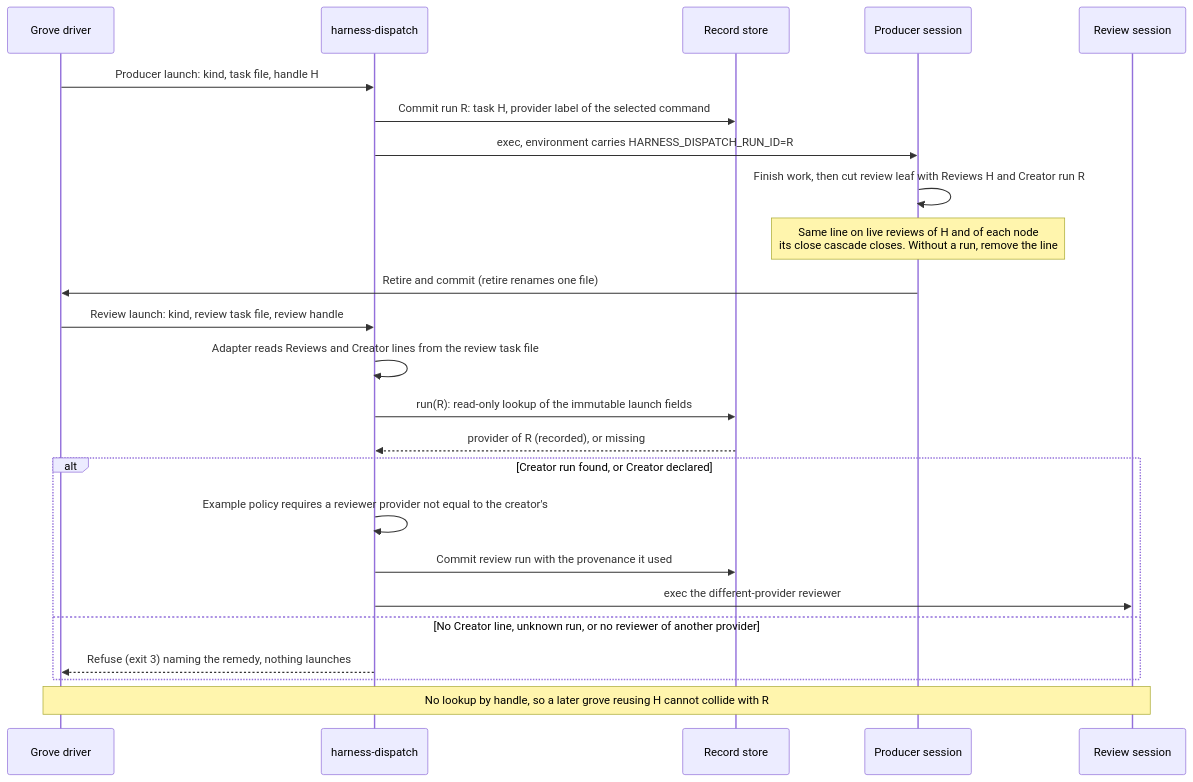
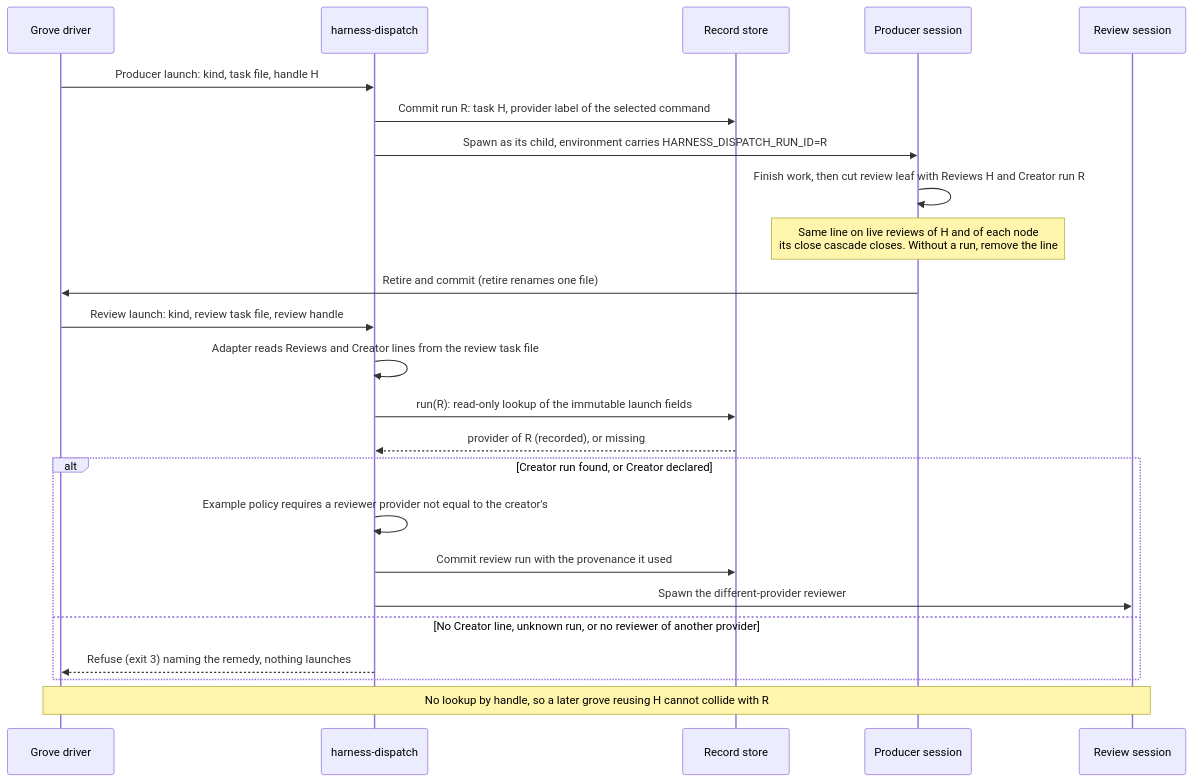
One commit to Linkuistics/grove changed the diagram in docs/design/harness-selection-and-execution/creator-flow.mmd. Above: the diagram before and after it, drawn with Mermaid. The commit also changed 31 other files, not shown here.

First line of the commit message:
harness-wrapper-k2: design harness-dispatch as the harness's supervising wrapper, and cut harness-wrapper-k3 to review it before supervised-dispatch-k4 plans it

```diff
--- a/docs/design/harness-selection-and-execution/creator-flow.mmd
+++ b/docs/design/harness-selection-and-execution/creator-flow.mmd
@@ -1,24 +1,24 @@
 sequenceDiagram
   participant G as Grove driver
   participant D as harness-dispatch
   participant S as Record store
   participant P as Producer session
   participant V as Review session
   G->>D: Producer launch: kind, task file, handle H
   D->>S: Commit run R: task H, provider label of the selected command
-  D->>P: exec, environment carries HARNESS_DISPATCH_RUN_ID=R
+  D->>P: Spawn as its child, environment carries HARNESS_DISPATCH_RUN_ID=R
   P->>P: Finish work, then cut review leaf with Reviews H and Creator run R
   Note over P: Same line on live reviews of H and of each node<br/>its close cascade closes. Without a run, remove the line
   P->>G: Retire and commit (retire renames one file)
   G->>D: Review launch: kind, review task file, review handle
   D->>D: Adapter reads Reviews and Creator lines from the review task file
   D->>S: run(R): read-only lookup of the immutable launch fields
   S-->>D: provider of R (recorded), or missing
   alt Creator run found, or Creator declared
     D->>D: Example policy requires a reviewer provider not equal to the creator's
     D->>S: Commit review run with the provenance it used
-    D->>V: exec the different-provider reviewer
+    D->>V: Spawn the different-provider reviewer
   else No Creator line, unknown run, or no reviewer of another provider
     D-->>G: Refuse (exit 3) naming the remedy, nothing launches
   end
   Note over G,V: No lookup by handle, so a later grove reusing H cannot collide with R
```
